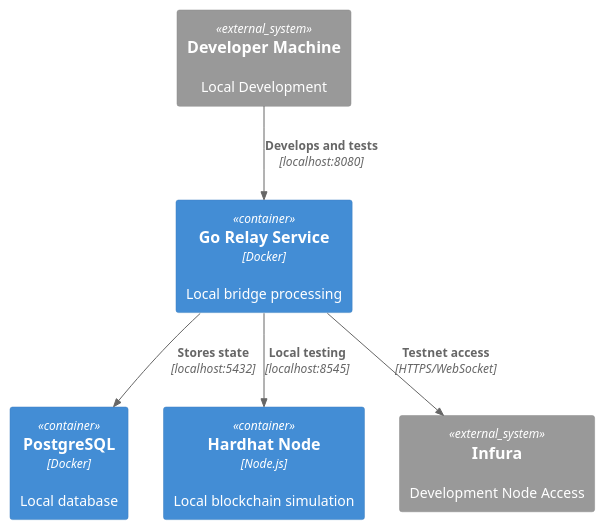
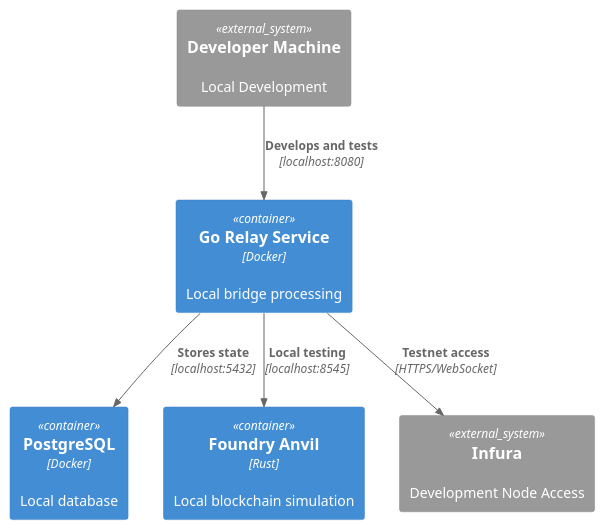
The diagram in docs/architecture/diagrams/deployment.puml (dmsus/crossChainBridge), drawn with PlantUML before and after one commit. The commit also changed 13 other files, not shown here.

First line of the commit message:
feat: complete migration from Hardhat to Foundry

```diff
--- a/docs/architecture/diagrams/deployment.puml
+++ b/docs/architecture/diagrams/deployment.puml
@@ -1,17 +1,17 @@
 @startuml deployment
 !includeurl https://raw.githubusercontent.com/plantuml-stdlib/C4-PlantUML/master/C4_Container.puml
 
 System_Ext(developer_machine, "Developer Machine", "Local Development")
 
 Container(relay_local, "Go Relay Service", "Docker", "Local bridge processing")
 Container(postgres_local, "PostgreSQL", "Docker", "Local database")
-Container(hardhat_local, "Hardhat Node", "Node.js", "Local blockchain simulation")
+Container(foundry_local, "Foundry Anvil", "Rust", "Local blockchain simulation")
 
 System_Ext(infura_dev, "Infura", "Development Node Access")
 
 Rel(developer_machine, relay_local, "Develops and tests", "localhost:8080")
 Rel(relay_local, postgres_local, "Stores state", "localhost:5432")
-Rel(relay_local, hardhat_local, "Local testing", "localhost:8545")
+Rel(relay_local, foundry_local, "Local testing", "localhost:8545")
 Rel(relay_local, infura_dev, "Testnet access", "HTTPS/WebSocket")
 
 @enduml
```
